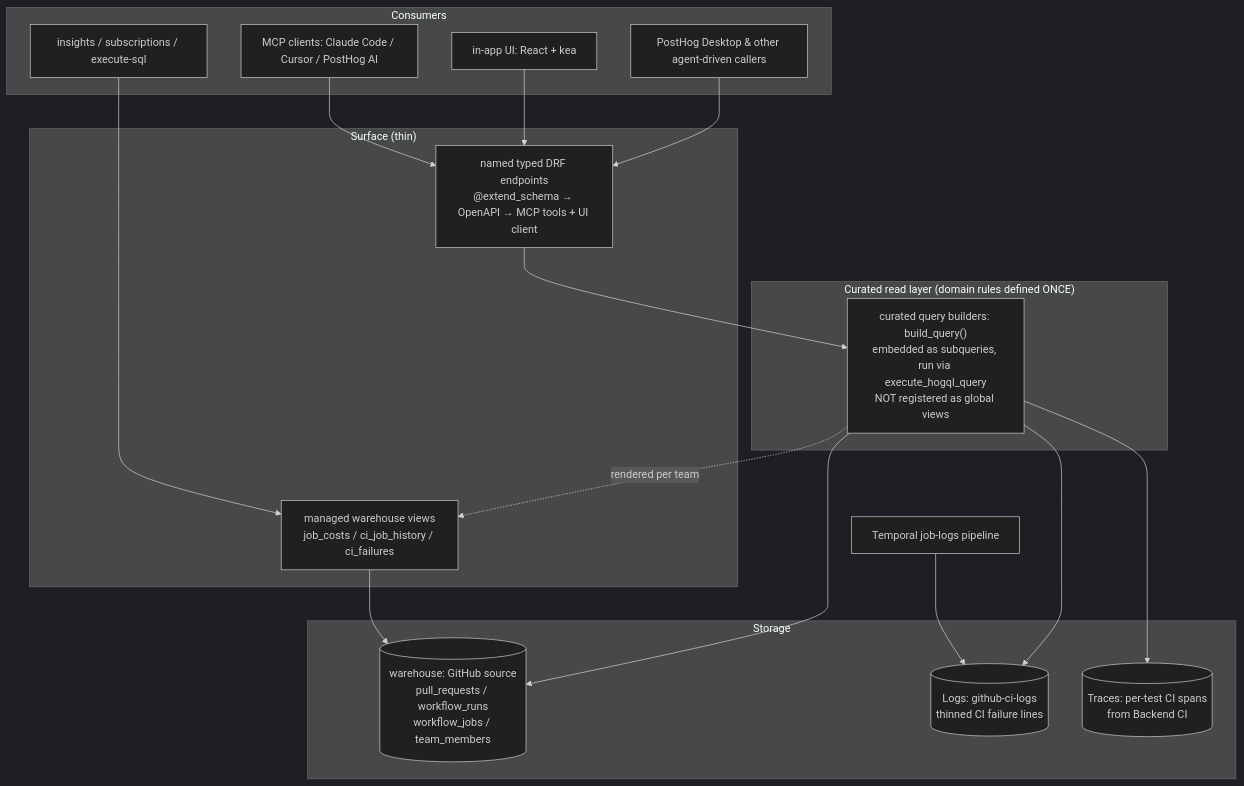
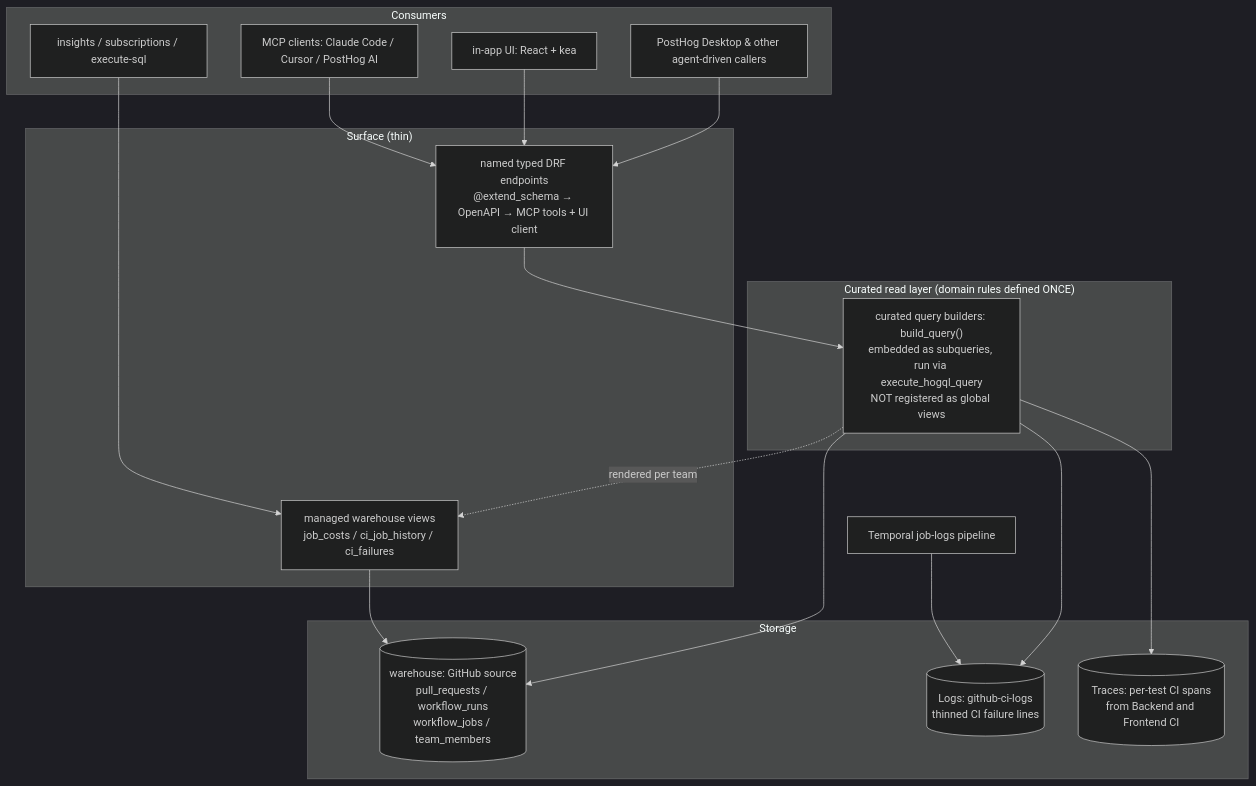
One commit to Bl4ckBl1zZ/posthog changed the diagram in products/engineering_analytics/SPEC.md. Above: the diagram before and after it, drawn with Mermaid (dark theme). The commit also changed other lines of this file and 30 other files, not shown here.

````diff
--- a/products/engineering_analytics/SPEC.md
+++ b/products/engineering_analytics/SPEC.md
@@ -28,36 +28,36 @@
 ```mermaid
 graph TB
     subgraph Consumers
         MCP["MCP clients: Claude Code / Cursor / PostHog AI"]
         UI["in-app UI: React + kea"]
         Other["PostHog Desktop & other agent-driven callers"]
         SQL["insights / subscriptions / execute-sql"]
     end
 
     subgraph "Surface (thin)"
         Endpoints["named typed DRF endpoints<br/>@extend_schema → OpenAPI → MCP tools + UI client"]
         WV["managed warehouse views<br/>job_costs / ci_job_history / ci_failures"]
     end
 
     subgraph "Curated read layer (domain rules defined ONCE)"
         Sys["curated query builders: build_query()<br/>embedded as subqueries, run via execute_hogql_query<br/>NOT registered as global views"]
     end
 
     subgraph Storage
         WH[("warehouse: GitHub source<br/>pull_requests / workflow_runs<br/>workflow_jobs / team_members")]
         LOGS[("Logs: github-ci-logs<br/>thinned CI failure lines")]
-        TRACES[("Traces: per-test CI spans<br/>from Backend CI")]
+        TRACES[("Traces: per-test CI spans<br/>from Backend and Frontend CI")]
     end
 
     JL["Temporal job-logs pipeline"] --> LOGS
     MCP --> Endpoints
     UI --> Endpoints
     Other --> Endpoints
     SQL --> WV
     Endpoints --> Sys
     Sys -. "rendered per team" .-> WV
     WV --> WH
     Sys --> WH
     Sys --> LOGS
     Sys --> TRACES
 ```
````
